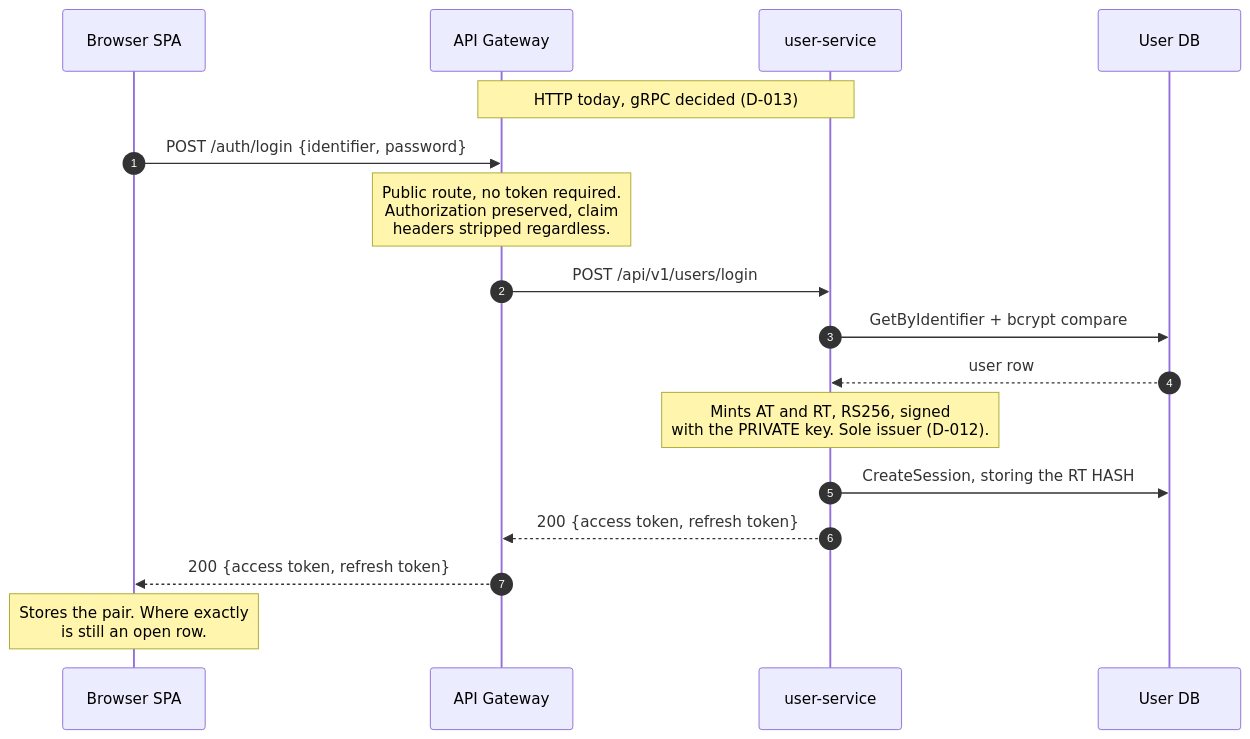
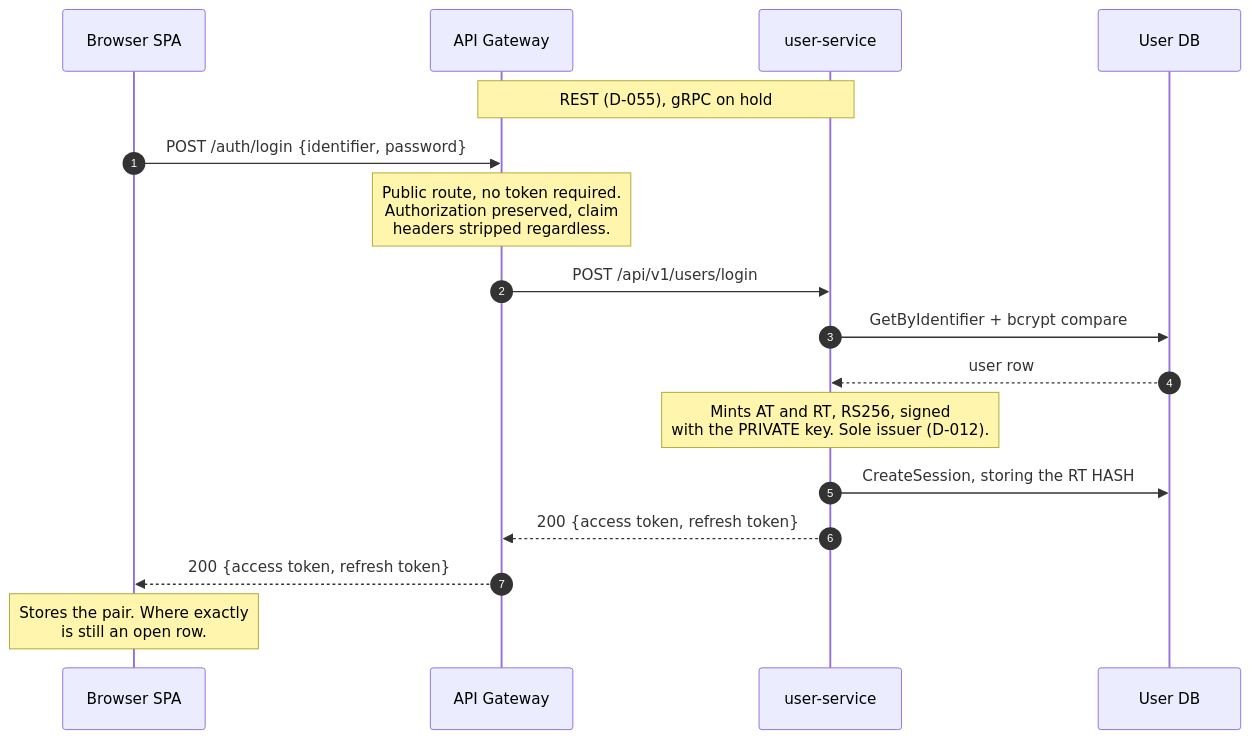
Before and after one commit to AY2627S1-CS3219-P2/FoC: the second of 6 diagrams in ai/decisions/architecture.md, drawn with Mermaid. The commit also changed other lines of this file and 23 other files, not shown here.

````diff
--- a/ai/decisions/architecture.md
+++ b/ai/decisions/architecture.md
@@ -86,20 +88,20 @@
 ```mermaid
 sequenceDiagram
     autonumber
     participant UI as Browser SPA
     participant GW as API Gateway
     participant US as user-service
     participant DB as User DB
-    Note over GW,US: HTTP today, gRPC decided (D-013)
+    Note over GW,US: REST (D-055), gRPC on hold
 
     UI->>GW: POST /auth/login {identifier, password}
     Note over GW: Public route, no token required.<br/>Authorization preserved, claim<br/>headers stripped regardless.
     GW->>US: POST /api/v1/users/login
     US->>DB: GetByIdentifier + bcrypt compare
     DB-->>US: user row
     Note over US: Mints AT and RT, RS256, signed<br/>with the PRIVATE key. Sole issuer (D-012).
     US->>DB: CreateSession, storing the RT HASH
     US-->>GW: 200 {access token, refresh token}
     GW-->>UI: 200 {access token, refresh token}
     Note over UI: Stores the pair. Where exactly<br/>is still an open row.
 ```
````
